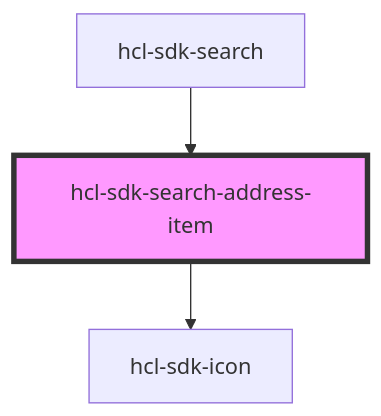
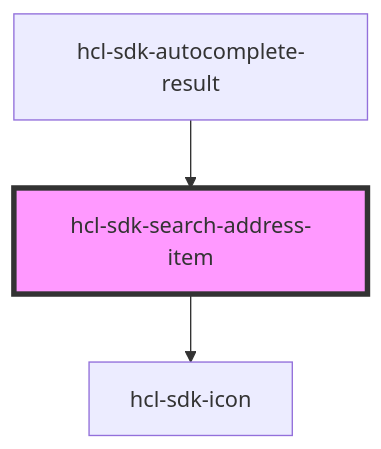
One commit to hcl-sdk/HealthCareLocatorWebSDK changed the diagram in packages/hcl-sdk-web-ui/docs/components/ui-kits/hcl-sdk-search-address-item/readme.md. Above: the diagram before and after it, drawn with Mermaid. The commit also changed other lines of this file and 13 other files, not shown here.

````diff
--- a/packages/hcl-sdk-web-ui/docs/components/ui-kits/hcl-sdk-search-address-item/readme.md
+++ b/packages/hcl-sdk-web-ui/docs/components/ui-kits/hcl-sdk-search-address-item/readme.md
@@ -35,6 +35,6 @@
 ```mermaid
 graph TD;
   hcl-sdk-search-address-item --> hcl-sdk-icon
-  hcl-sdk-search --> hcl-sdk-search-address-item
+  hcl-sdk-autocomplete-result --> hcl-sdk-search-address-item
   style hcl-sdk-search-address-item fill:#f9f,stroke:#333,stroke-width:4px
 ```
````
